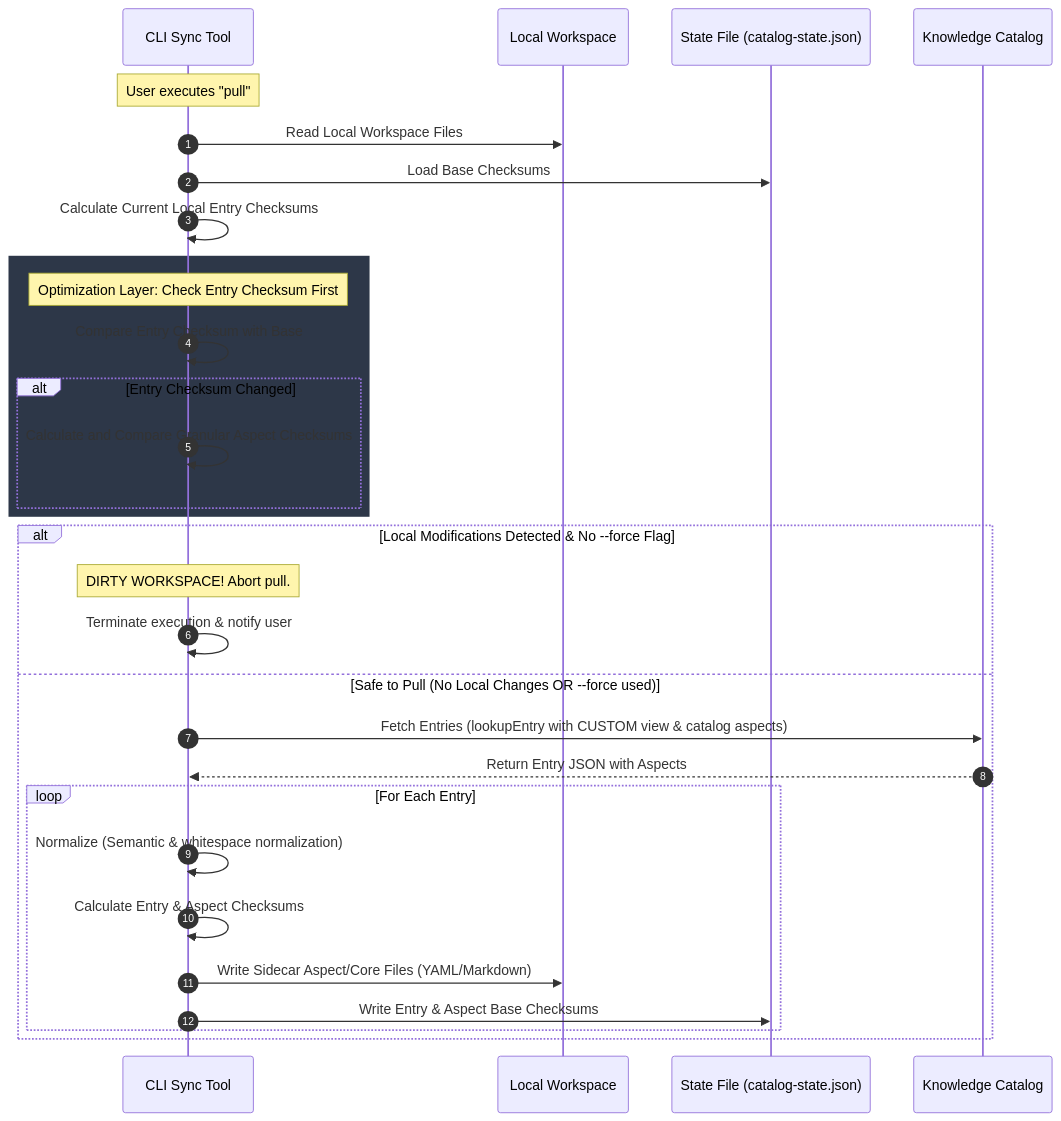
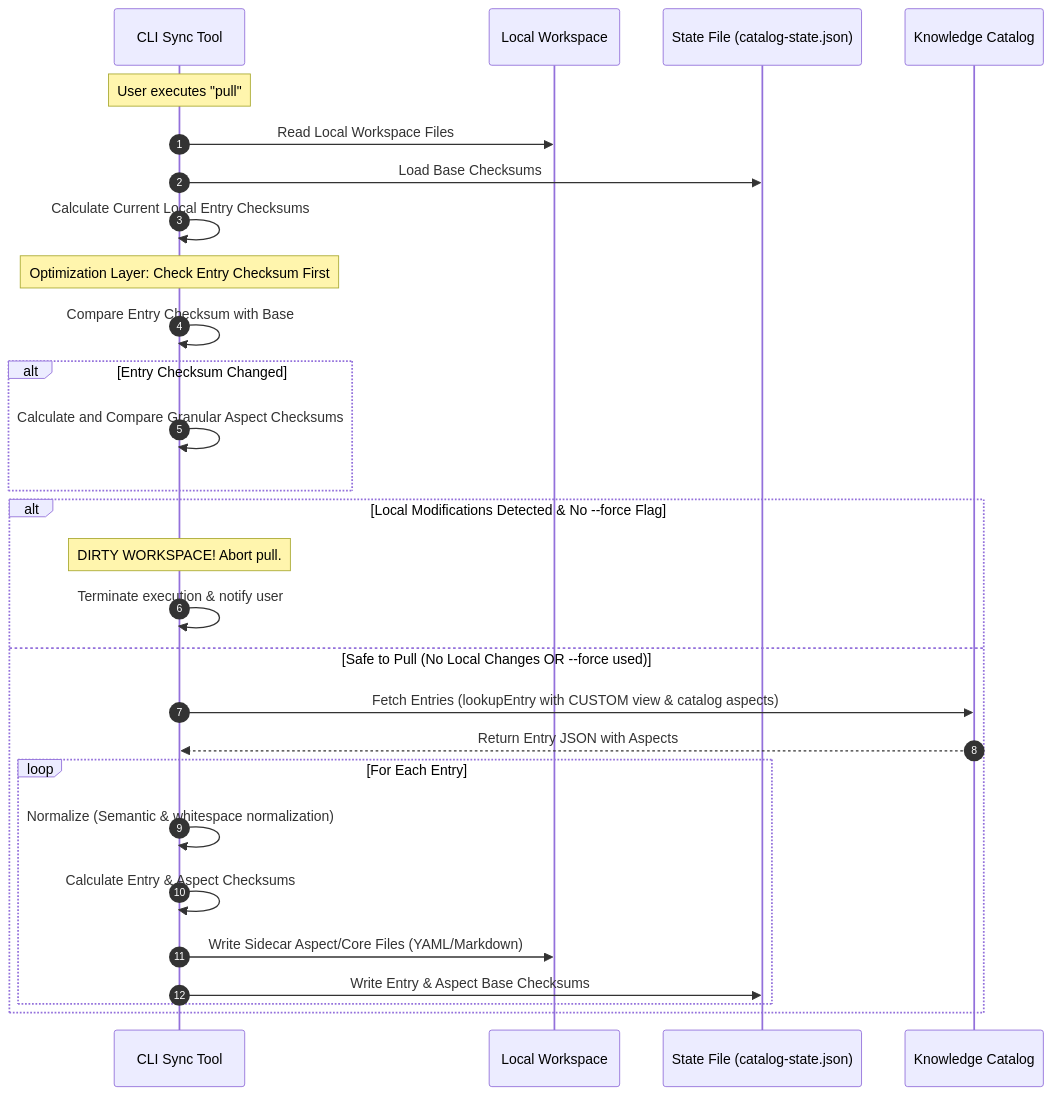
Before and after one commit to GoogleCloudPlatform/knowledge-catalog: the second of 3 diagrams in toolbox/mdcode/docs/checksum_design.md, drawn with Mermaid. The commit also changed other lines of this file, not shown here.

````diff
--- a/toolbox/mdcode/docs/checksum_design.md
+++ b/toolbox/mdcode/docs/checksum_design.md
@@ -203,36 +203,34 @@
 ```mermaid
 sequenceDiagram
     autonumber
     participant Tool as CLI Sync Tool
     participant Disk as Local Workspace
     participant State as State File (catalog-state.json)
     participant Remote as Knowledge Catalog
 
     Note over Tool: User executes "pull"
     Tool->>Disk: Read Local Workspace Files
     Tool->>State: Load Base Checksums
     Tool->>Tool: Calculate Current Local Entry Checksums
     
-    rect rgb(45, 55, 72)
     Note over Tool: Optimization Layer: Check Entry Checksum First
     Tool->>Tool: Compare Entry Checksum with Base
     alt Entry Checksum Changed
         Tool->>Tool: Calculate and Compare Granular Aspect Checksums
-    end
     end
     
     alt Local Modifications Detected & No --force Flag
         Note over Tool: DIRTY WORKSPACE! Abort pull.
         Tool->>Tool: Terminate execution & notify user
     else Safe to Pull (No Local Changes OR --force used)
         Tool->>Remote: Fetch Entries (lookupEntry with CUSTOM view & catalog aspects)
         Remote-->>Tool: Return Entry JSON with Aspects
 
         loop For Each Entry
             Tool->>Tool: Normalize (Semantic & whitespace normalization)
             Tool->>Tool: Calculate Entry & Aspect Checksums
             Tool->>Disk: Write Sidecar Aspect/Core Files (YAML/Markdown)
             Tool->>State: Write Entry & Aspect Base Checksums
         end
     end
 ```
````
